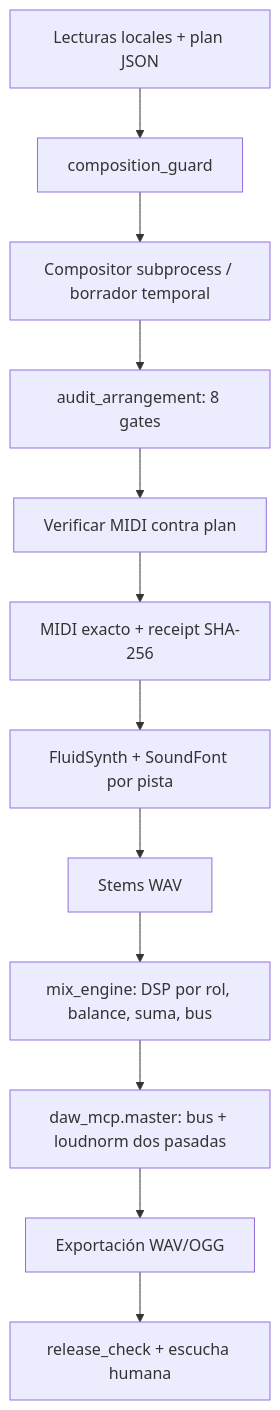
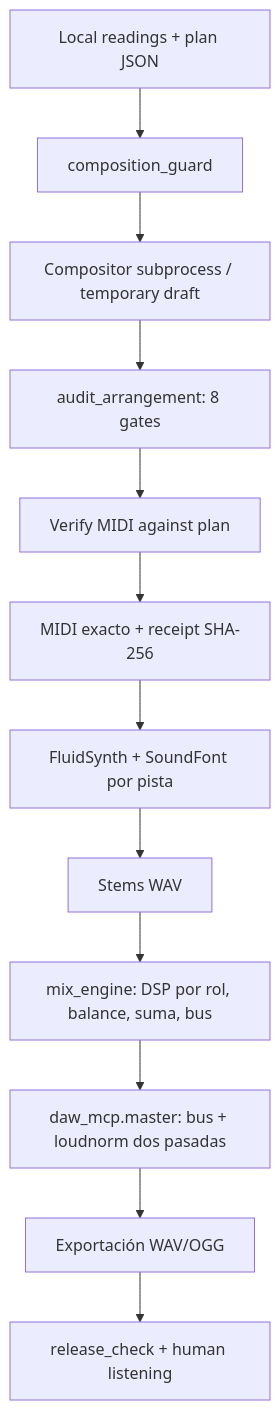
One commit to Zabat-code/hermes-music-daw changed the diagram in docs/ARCHITECTURE.md. Above: the diagram before and after it, drawn with Mermaid. The commit also changed other lines of this file and 34 other files, not shown here.

````diff
--- a/docs/ARCHITECTURE.md
+++ b/docs/ARCHITECTURE.md
@@ -8,14 +8,14 @@
 ```mermaid
 flowchart TD
-  R[Lecturas locales + plan JSON] --> G[composition_guard]
-  G --> C[Compositor subprocess / borrador temporal]
+  R[Local readings + plan JSON] --> G[composition_guard]
+  G --> C[Compositor subprocess / temporary draft]
   C --> A[audit_arrangement: 8 gates]
-  A --> V[Verificar MIDI contra plan]
+  A --> V[Verify MIDI against plan]
   V --> P[MIDI exacto + receipt SHA-256]
   P --> F[FluidSynth + SoundFont por pista]
   F --> S[Stems WAV]
   S --> M[mix_engine: DSP por rol, balance, suma, bus]
   M --> T[daw_mcp.master: bus + loudnorm dos pasadas]
   T --> E[Exportación WAV/OGG]
-  E --> Q[release_check + escucha humana]
+  E --> Q[release_check + human listening]
 ```
````
